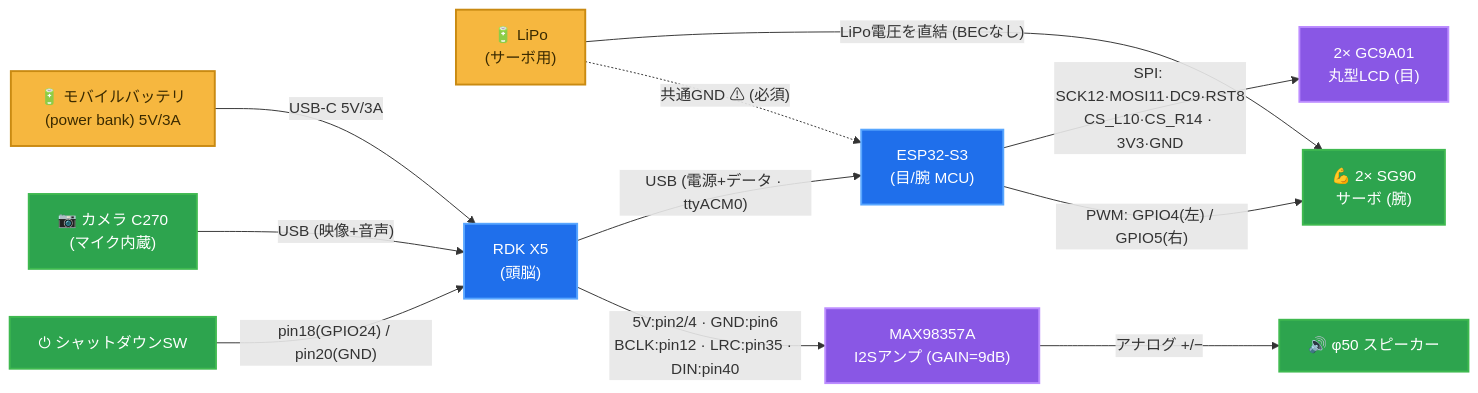
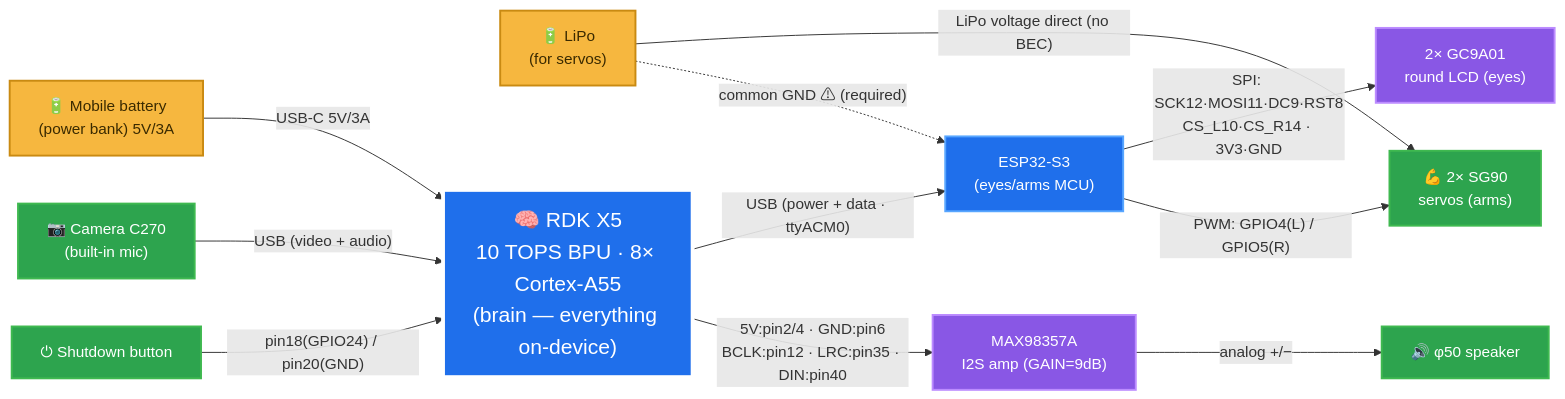
The diagram in docs/wiring.md (gurimaruking/corosuke-robot), drawn with Mermaid before and after one commit. The commit also changed other lines of this file and 6 other files, not shown here.

First line of the commit message:
slides/docs: RDK X5を強調+D-Roboticsロゴ, 配線図を英語化, アーキ図のI2SをRDK由来に修正

````diff
--- a/docs/wiring.md
+++ b/docs/wiring.md
@@ -6,30 +7,31 @@
 ```mermaid
 flowchart LR
-  %% すべて矩形(□)。色はカテゴリ別。ピン番号は各配線(矢印)のラベルに分離。
-  PB["🔋 モバイルバッテリ<br/>(power bank) 5V/3A"]:::power
-  LIPO["🔋 LiPo<br/>(サーボ用)"]:::power
-  RDK["RDK X5<br/>(頭脳)"]:::compute
-  ESP["ESP32-S3<br/>(目/腕 MCU)"]:::compute
-  AMP["MAX98357A<br/>I2Sアンプ (GAIN=9dB)"]:::module
-  EYES["2× GC9A01<br/>丸型LCD (目)"]:::module
-  CAM["📷 カメラ C270<br/>(マイク内蔵)"]:::periph
-  BTN["⏻ シャットダウンSW"]:::periph
-  SPK["🔊 φ50 スピーカー"]:::periph
-  SRV["💪 2× SG90<br/>サーボ (腕)"]:::periph
+  %% All parts are boxes. Colour = category. Pin numbers are on the wires (edge labels).
+  PB["🔋 Mobile battery<br/>(power bank) 5V/3A"]:::power
+  LIPO["🔋 LiPo<br/>(for servos)"]:::power
+  RDK["🧠 RDK X5<br/>10 TOPS BPU · 8× Cortex-A55<br/>(brain — everything on-device)"]:::main
+  ESP["ESP32-S3<br/>(eyes/arms MCU)"]:::compute
+  AMP["MAX98357A<br/>I2S amp (GAIN=9dB)"]:::module
+  EYES["2× GC9A01<br/>round LCD (eyes)"]:::module
+  CAM["📷 Camera C270<br/>(built-in mic)"]:::periph
+  BTN["⏻ Shutdown button"]:::periph
+  SPK["🔊 φ50 speaker"]:::periph
+  SRV["💪 2× SG90<br/>servos (arms)"]:::periph
 
   PB   -->|"USB-C 5V/3A"| RDK
-  CAM  -->|"USB (映像+音声)"| RDK
+  CAM  -->|"USB (video + audio)"| RDK
   BTN  -->|"pin18(GPIO24) / pin20(GND)"| RDK
-  RDK  -->|"USB (電源+データ · ttyACM0)"| ESP
+  RDK  -->|"USB (power + data · ttyACM0)"| ESP
   RDK  -->|"5V:pin2/4 · GND:pin6<br/>BCLK:pin12 · LRC:pin35 · DIN:pin40"| AMP
-  AMP  -->|"アナログ +/−"| SPK
+  AMP  -->|"analog +/−"| SPK
   ESP  -->|"SPI: SCK12·MOSI11·DC9·RST8<br/>CS_L10·CS_R14 · 3V3·GND"| EYES
-  ESP  -->|"PWM: GPIO4(左) / GPIO5(右)"| SRV
-  LIPO -->|"LiPo電圧を直結 (BECなし)"| SRV
-  LIPO -.->|"共通GND ⚠ (必須)"| ESP
+  ESP  -->|"PWM: GPIO4(L) / GPIO5(R)"| SRV
+  LIPO -->|"LiPo voltage direct (no BEC)"| SRV
+  LIPO -.->|"common GND ⚠ (required)"| ESP
 
   classDef power   fill:#f6b73f,color:#3a2a00,stroke:#c98a12,stroke-width:2px;
   classDef compute fill:#1f6feb,color:#fff,stroke:#58a6ff,stroke-width:2px;
   classDef module  fill:#8957e5,color:#fff,stroke:#bc8cff,stroke-width:2px;
   classDef periph  fill:#2da44e,color:#fff,stroke:#3fb950,stroke-width:2px;
+  classDef main    fill:#1f6feb,color:#fff,stroke:#ffffff,stroke-width:4px,font-size:22px;
 ```
````
